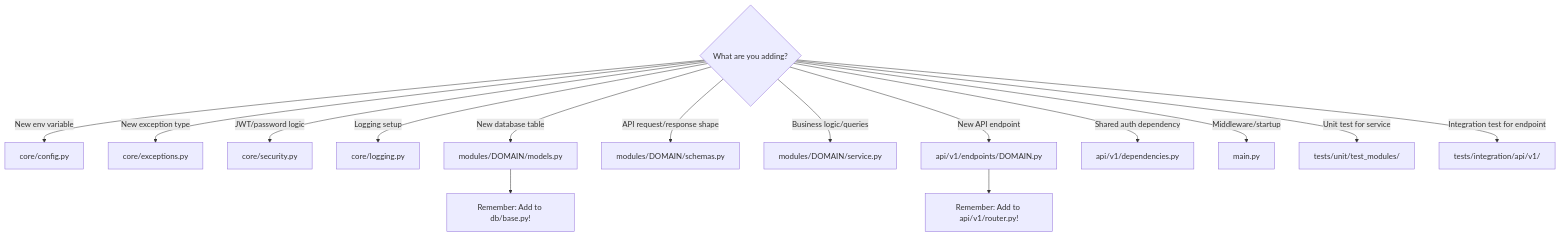
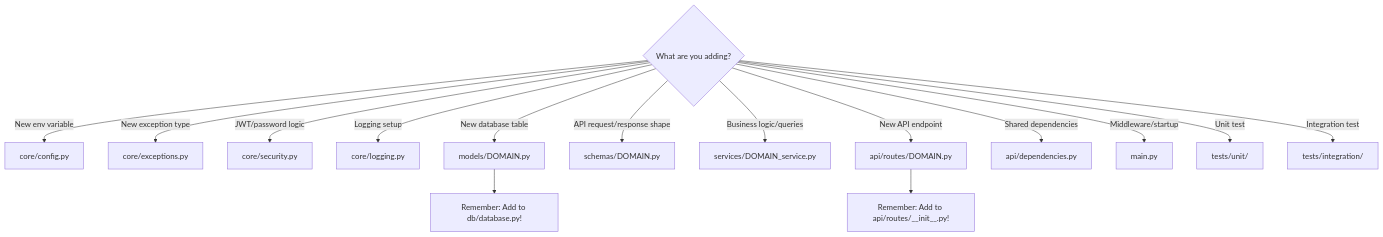
The third of 3 diagrams in Guidelines/Instructions Backend.md (Saksham1611/backend-template), drawn with Mermaid before and after one commit. The commit also changed other lines of this file and 36 other files, not shown here.

````diff
--- a/Guidelines/Instructions Backend.md
+++ b/Guidelines/Instructions Backend.md
@@ -1227,20 +1166,20 @@
 ```mermaid
 flowchart TD
     Q1{What are you adding?}
 
     Q1 -->|New env variable| A1[core/config.py]
     Q1 -->|New exception type| A2[core/exceptions.py]
     Q1 -->|JWT/password logic| A3[core/security.py]
     Q1 -->|Logging setup| A10[core/logging.py]
-    Q1 -->|New database table| A4[modules/DOMAIN/models.py]
-    Q1 -->|API request/response shape| A5[modules/DOMAIN/schemas.py]
-    Q1 -->|Business logic/queries| A6[modules/DOMAIN/service.py]
-    Q1 -->|New API endpoint| A7[api/v1/endpoints/DOMAIN.py]
-    Q1 -->|Shared auth dependency| A8[api/v1/dependencies.py]
+    Q1 -->|New database table| A4[models/DOMAIN.py]
+    Q1 -->|API request/response shape| A5[schemas/DOMAIN.py]
+    Q1 -->|Business logic/queries| A6[services/DOMAIN_service.py]
+    Q1 -->|New API endpoint| A7[api/routes/DOMAIN.py]
+    Q1 -->|Shared dependencies| A8[api/dependencies.py]
     Q1 -->|Middleware/startup| A9[main.py]
-    Q1 -->|Unit test for service| A11[tests/unit/test_modules/]
-    Q1 -->|Integration test for endpoint| A12[tests/integration/api/v1/]
+    Q1 -->|Unit test| A11[tests/unit/]
+    Q1 -->|Integration test| A12[tests/integration/]
 
-    A4 --> R1[Remember: Add to db/base.py!]
-    A7 --> R2[Remember: Add to api/v1/router.py!]
+    A4 --> R1[Remember: Add to db/database.py!]
+    A7 --> R2[Remember: Add to api/routes/__init__.py!]
 ```
````
